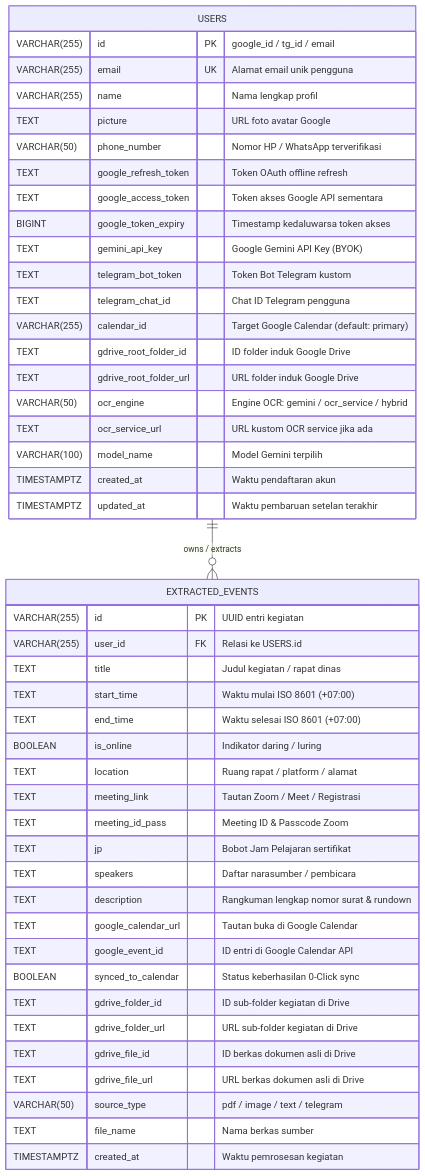
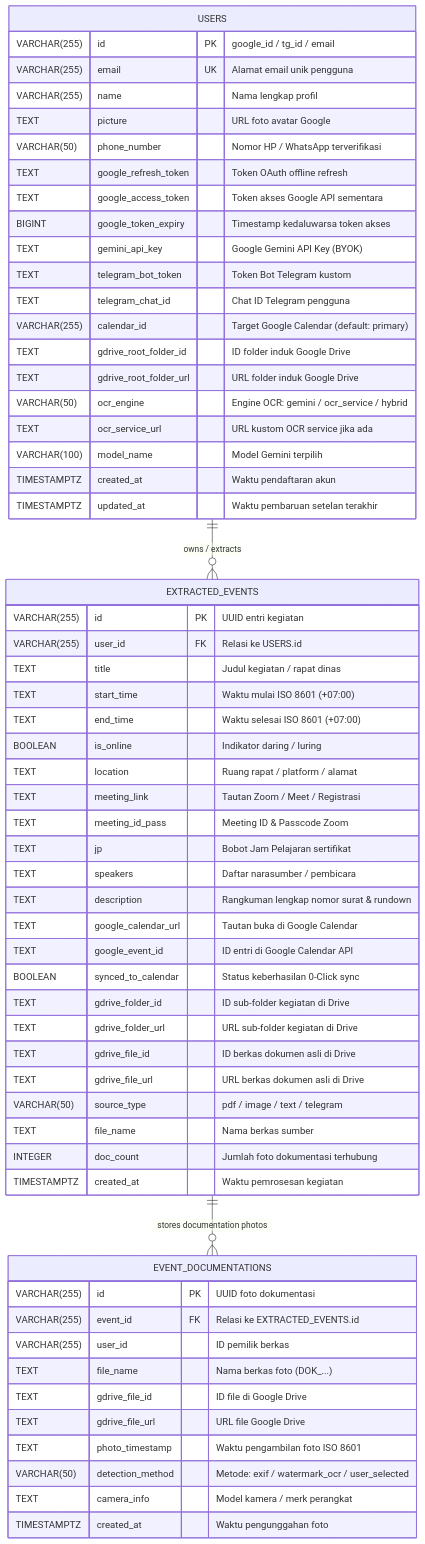
One commit to alfarisg34/easygooglecalendar changed the diagram in Schema.md. Above: the diagram before and after it, drawn with Mermaid. The commit also changed other lines of this file and 14 other files, not shown here.

Commit message:
feat: implement smart photo documentation ingestion, EXIF/watermark matcher, and anti-flyer guardrails

````diff
--- a/Schema.md
+++ b/Schema.md
@@ -17,51 +17,66 @@
 ```mermaid
 erDiagram
     USERS ||--o{ EXTRACTED_EVENTS : "owns / extracts"
+    EXTRACTED_EVENTS ||--o{ EVENT_DOCUMENTATIONS : "stores documentation photos"
     
     USERS {
         VARCHAR(255) id PK "google_id / tg_id / email"
         VARCHAR(255) email UK "Alamat email unik pengguna"
         VARCHAR(255) name "Nama lengkap profil"
         TEXT picture "URL foto avatar Google"
         VARCHAR(50) phone_number "Nomor HP / WhatsApp terverifikasi"
         TEXT google_refresh_token "Token OAuth offline refresh"
         TEXT google_access_token "Token akses Google API sementara"
         BIGINT google_token_expiry "Timestamp kedaluwarsa token akses"
         TEXT gemini_api_key "Google Gemini API Key (BYOK)"
         TEXT telegram_bot_token "Token Bot Telegram kustom"
         TEXT telegram_chat_id "Chat ID Telegram pengguna"
         VARCHAR(255) calendar_id "Target Google Calendar (default: primary)"
         TEXT gdrive_root_folder_id "ID folder induk Google Drive"
         TEXT gdrive_root_folder_url "URL folder induk Google Drive"
         VARCHAR(50) ocr_engine "Engine OCR: gemini / ocr_service / hybrid"
         TEXT ocr_service_url "URL kustom OCR service jika ada"
         VARCHAR(100) model_name "Model Gemini terpilih"
         TIMESTAMPTZ created_at "Waktu pendaftaran akun"
         TIMESTAMPTZ updated_at "Waktu pembaruan setelan terakhir"
     }
 
     EXTRACTED_EVENTS {
         VARCHAR(255) id PK "UUID entri kegiatan"
         VARCHAR(255) user_id FK "Relasi ke USERS.id"
         TEXT title "Judul kegiatan / rapat dinas"
         TEXT start_time "Waktu mulai ISO 8601 (+07:00)"
         TEXT end_time "Waktu selesai ISO 8601 (+07:00)"
         BOOLEAN is_online "Indikator daring / luring"
         TEXT location "Ruang rapat / platform / alamat"
         TEXT meeting_link "Tautan Zoom / Meet / Registrasi"
         TEXT meeting_id_pass "Meeting ID & Passcode Zoom"
         TEXT jp "Bobot Jam Pelajaran sertifikat"
         TEXT speakers "Daftar narasumber / pembicara"
         TEXT description "Rangkuman lengkap nomor surat & rundown"
         TEXT google_calendar_url "Tautan buka di Google Calendar"
         TEXT google_event_id "ID entri di Google Calendar API"
         BOOLEAN synced_to_calendar "Status keberhasilan 0-Click sync"
         TEXT gdrive_folder_id "ID sub-folder kegiatan di Drive"
         TEXT gdrive_folder_url "URL sub-folder kegiatan di Drive"
         TEXT gdrive_file_id "ID berkas dokumen asli di Drive"
         TEXT gdrive_file_url "URL berkas dokumen asli di Drive"
         VARCHAR(50) source_type "pdf / image / text / telegram"
         TEXT file_name "Nama berkas sumber"
+        INTEGER doc_count "Jumlah foto dokumentasi terhubung"
         TIMESTAMPTZ created_at "Waktu pemrosesan kegiatan"
     }
+
+    EVENT_DOCUMENTATIONS {
+        VARCHAR(255) id PK "UUID foto dokumentasi"
+        VARCHAR(255) event_id FK "Relasi ke EXTRACTED_EVENTS.id"
+        VARCHAR(255) user_id "ID pemilik berkas"
+        TEXT file_name "Nama berkas foto (DOK_...)"
+        TEXT gdrive_file_id "ID file di Google Drive"
+        TEXT gdrive_file_url "URL file Google Drive"
+        TEXT photo_timestamp "Waktu pengambilan foto ISO 8601"
+        VARCHAR(50) detection_method "Metode: exif / watermark_ocr / user_selected"
+        TEXT camera_info "Model kamera / merk perangkat"
+        TIMESTAMPTZ created_at "Waktu pengunggahan foto"
+    }
 ```
````
